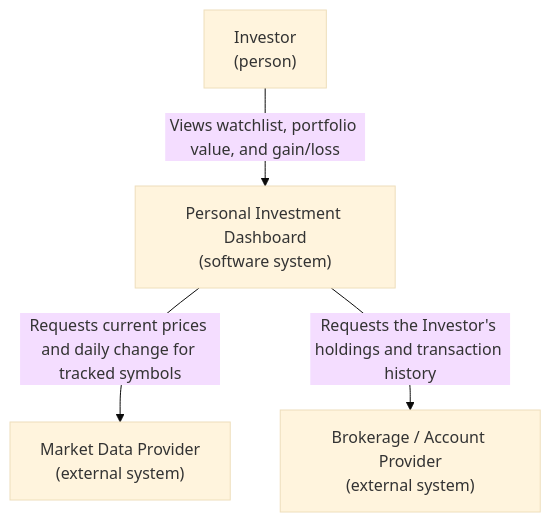
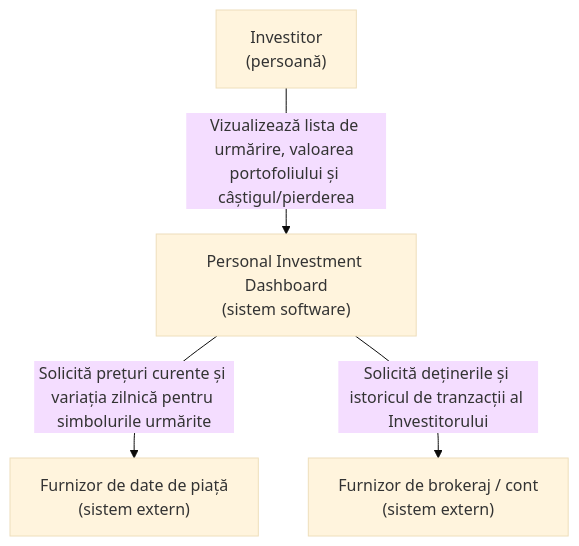
The diagram in lab1.md (sainciucbeatricie/psi-labs), drawn with Mermaid (base theme) before and after one commit. The commit also changed other lines of this file, not shown here.

````diff
--- a/lab1.md
+++ b/lab1.md
@@ -105,15 +105,15 @@
 ```mermaid
 graph TD
-    Investor["Investor
-(person)"]
+    Investitor["Investitor
+(persoană)"]
     Dashboard["Personal Investment Dashboard
-(software system)"]
-    MarketData["Market Data Provider
-(external system)"]
-    Brokerage["Brokerage / Account Provider
-(external system)"]
+(sistem software)"]
+    DateDePiata["Furnizor de date de piață
+(sistem extern)"]
+    Brokeraj["Furnizor de brokeraj / cont
+(sistem extern)"]
 
-    Investor -->|"Views watchlist, portfolio value, and gain/loss"| Dashboard
-    Dashboard -->|"Requests current prices and daily change for tracked symbols"| MarketData
-    Dashboard -->|"Requests the Investor's holdings and transaction history"| Brokerage
+    Investitor -->|"Vizualizează lista de urmărire, valoarea portofoliului și câștigul/pierderea"| Dashboard
+    Dashboard -->|"Solicită prețuri curente și variația zilnică pentru simbolurile urmărite"| DateDePiata
+    Dashboard -->|"Solicită deținerile și istoricul de tranzacții al Investitorului"| Brokeraj
 ```
````
